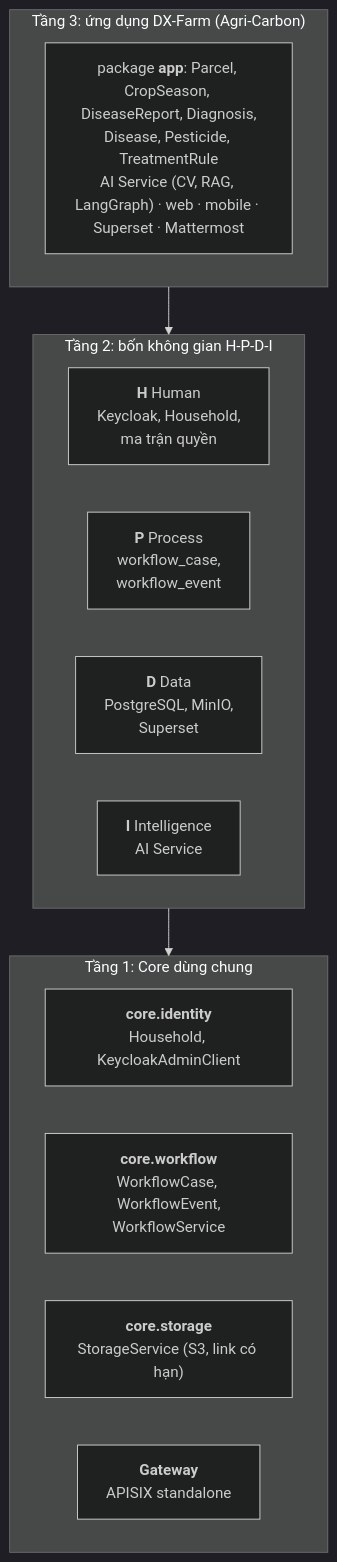
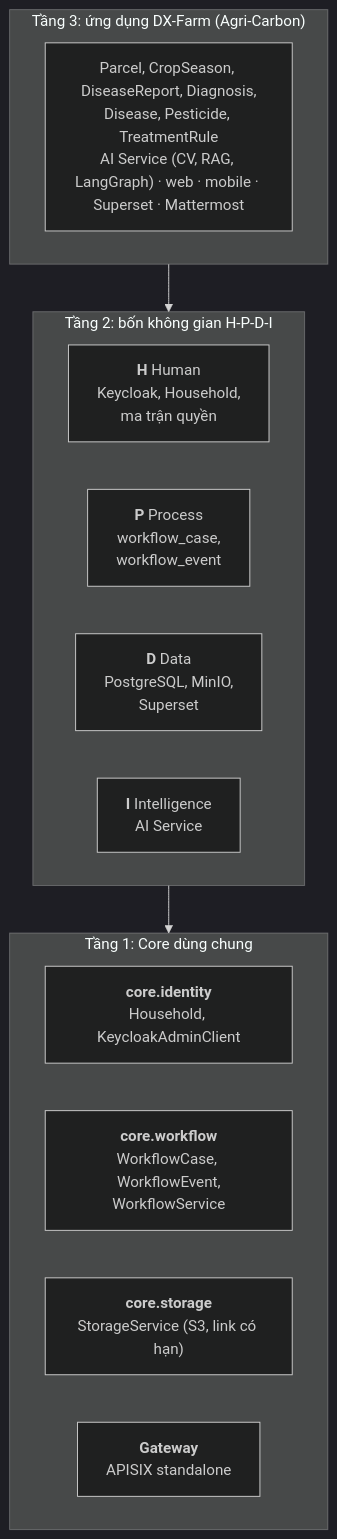
The first of 2 diagrams in development/docs/ARCHITECTURE_OPEN_CORE.md (HaUI-ImplSolution/DX-OS), drawn with Mermaid (dark theme) before and after one commit. The commit also changed other lines of this file and 8 other files, not shown here.

````diff
--- a/development/docs/ARCHITECTURE_OPEN_CORE.md
+++ b/development/docs/ARCHITECTURE_OPEN_CORE.md
@@ -8,25 +8,25 @@
 ```mermaid
 flowchart TB
   subgraph T3["Tầng 3: ứng dụng DX-Farm (Agri-Carbon)"]
     direction LR
-    APP["package <b>app</b>: Parcel, CropSeason, DiseaseReport, Diagnosis,<br/>Disease, Pesticide, TreatmentRule<br/>AI Service (CV, RAG, LangGraph) · web · mobile · Superset · Mattermost"]
+    APP["Parcel, CropSeason, DiseaseReport, Diagnosis,<br/>Disease, Pesticide, TreatmentRule<br/>AI Service (CV, RAG, LangGraph) · web · mobile · Superset · Mattermost"]
   end
 
   subgraph T2["Tầng 2: bốn không gian H-P-D-I"]
     direction LR
     H["<b>H</b> Human<br/>Keycloak, Household,<br/>ma trận quyền"]
     P["<b>P</b> Process<br/>workflow_case,<br/>workflow_event"]
     D["<b>D</b> Data<br/>PostgreSQL, MinIO,<br/>Superset"]
     I["<b>I</b> Intelligence<br/>AI Service"]
   end
 
   subgraph T1["Tầng 1: Core dùng chung"]
     direction LR
     ID["<b>core.identity</b><br/>Household, KeycloakAdminClient"]
     WF["<b>core.workflow</b><br/>WorkflowCase, WorkflowEvent,<br/>WorkflowService"]
     ST["<b>core.storage</b><br/>StorageService (S3, link có hạn)"]
     GW["<b>Gateway</b><br/>APISIX standalone"]
   end
 
   T3 --> T2 --> T1
 ```
````
